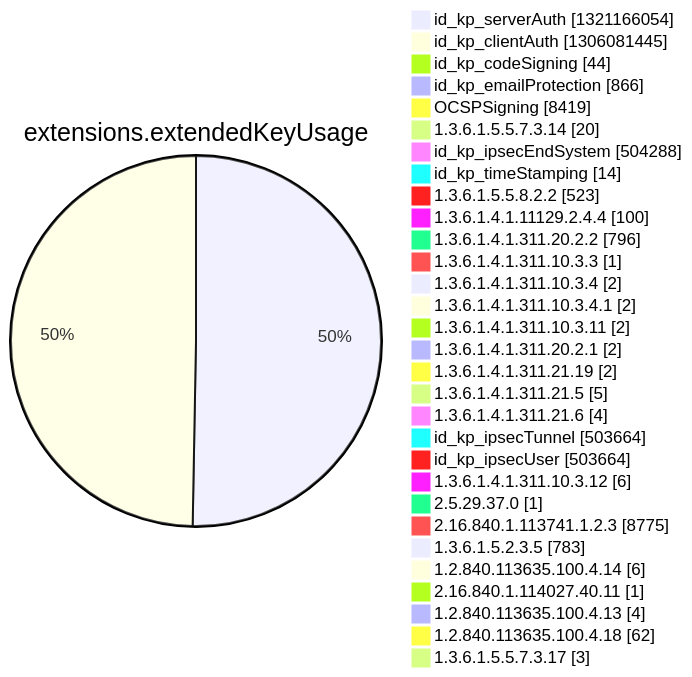
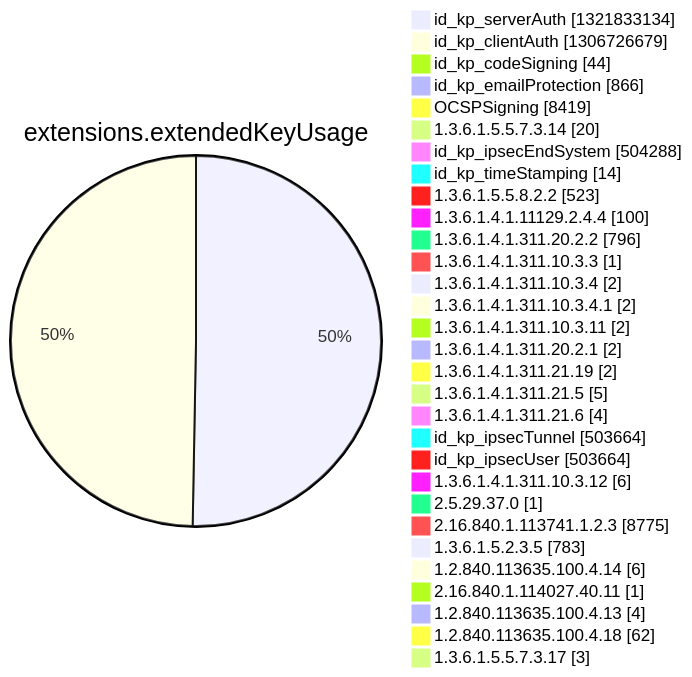
Before and after one commit to christiankrug/ctmonitor_visualization: diagram 12 of 15 in argon2022/README.md, drawn with Mermaid. The commit also changed other lines of this file, not shown here.

````diff
--- a/argon2022/README.md
+++ b/argon2022/README.md
@@ -3553,34 +3553,34 @@
 ```mermaid
 pie showData
 title extensions.extendedKeyUsage
-"id_kp_serverAuth" :1321166054
-"id_kp_clientAuth" :1306081445
+"id_kp_serverAuth" :1321833134
+"id_kp_clientAuth" :1306726679
 "id_kp_codeSigning" :44
 "id_kp_emailProtection" :866
 "OCSPSigning" :8419
 "1.3.6.1.5.5.7.3.14" :20
 "id_kp_ipsecEndSystem" :504288
 "id_kp_timeStamping" :14
 "1.3.6.1.5.5.8.2.2" :523
 "1.3.6.1.4.1.11129.2.4.4" :100
 "1.3.6.1.4.1.311.20.2.2" :796
 "1.3.6.1.4.1.311.10.3.3" :1
 "1.3.6.1.4.1.311.10.3.4" :2
 "1.3.6.1.4.1.311.10.3.4.1" :2
 "1.3.6.1.4.1.311.10.3.11" :2
 "1.3.6.1.4.1.311.20.2.1" :2
 "1.3.6.1.4.1.311.21.19" :2
 "1.3.6.1.4.1.311.21.5" :5
 "1.3.6.1.4.1.311.21.6" :4
 "id_kp_ipsecTunnel" :503664
 "id_kp_ipsecUser" :503664
 "1.3.6.1.4.1.311.10.3.12" :6
 "2.5.29.37.0" :1
 "2.16.840.1.113741.1.2.3" :8775
 "1.3.6.1.5.2.3.5" :783
 "1.2.840.113635.100.4.14" :6
 "2.16.840.1.114027.40.11" :1
 "1.2.840.113635.100.4.13" :4
 "1.2.840.113635.100.4.18" :62
 "1.3.6.1.5.5.7.3.17" :3
 ```
````
